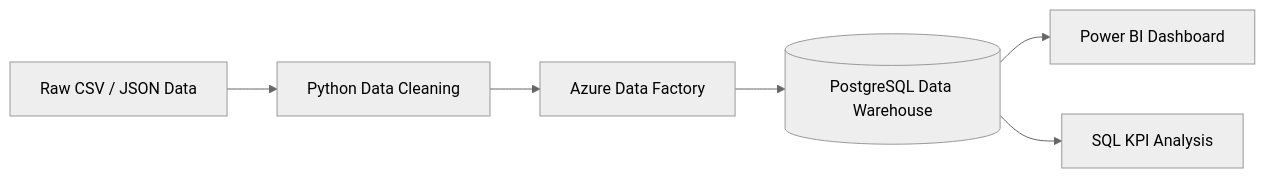
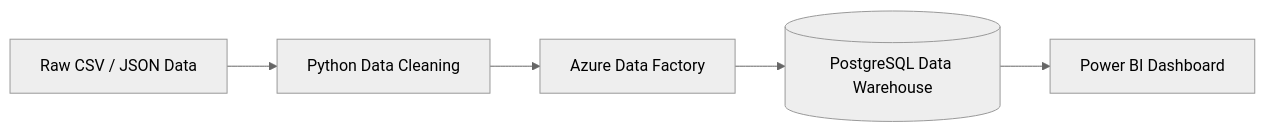
Before and after one commit to dhruv1067/e-commerce-retail-case: the diagram in README.md, drawn with Mermaid (neutral theme). The commit also changed other lines of this file, not shown here.

````diff
--- a/README.md
+++ b/README.md
@@ -11,8 +11,7 @@
 ```mermaid
 flowchart LR
     A[Raw CSV / JSON Data] --> B[Python Data Cleaning]
     B --> C[Azure Data Factory]
     C --> D[(PostgreSQL Data Warehouse)]
     D --> E[Power BI Dashboard]
-    D --> F[SQL KPI Analysis]
 ```
````
